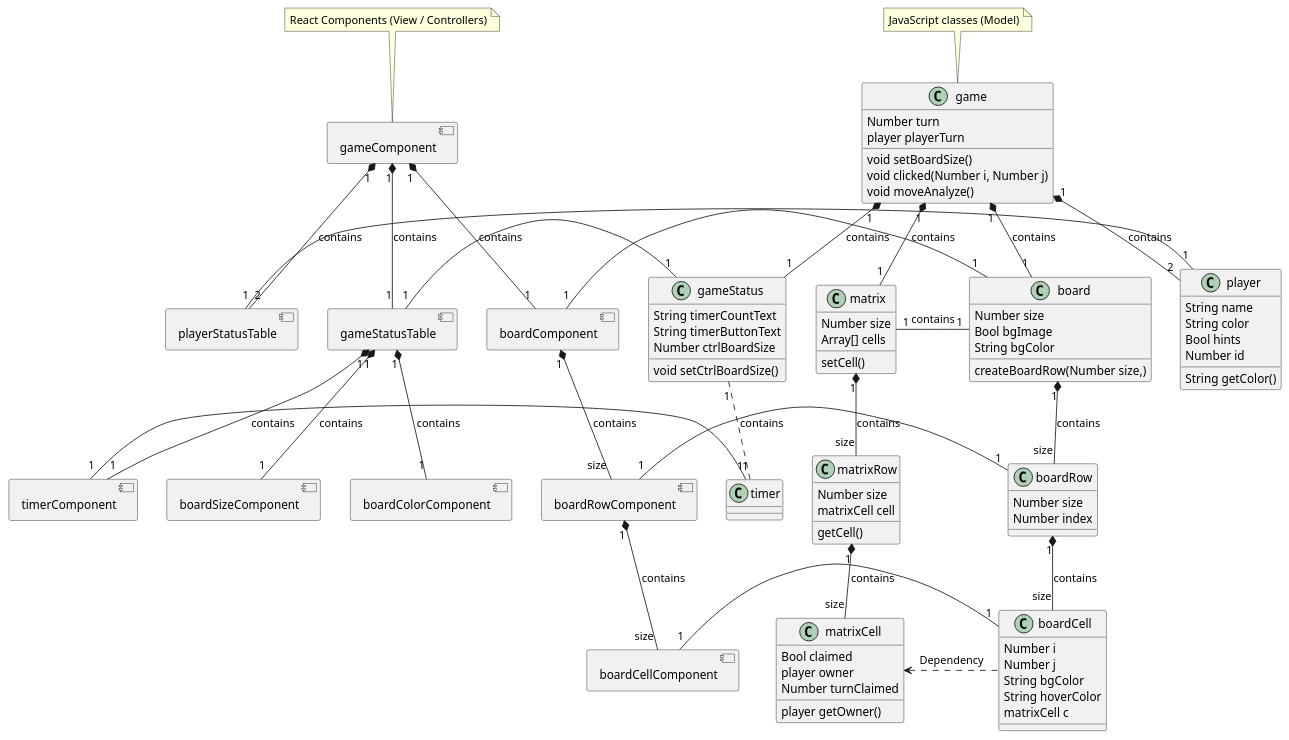
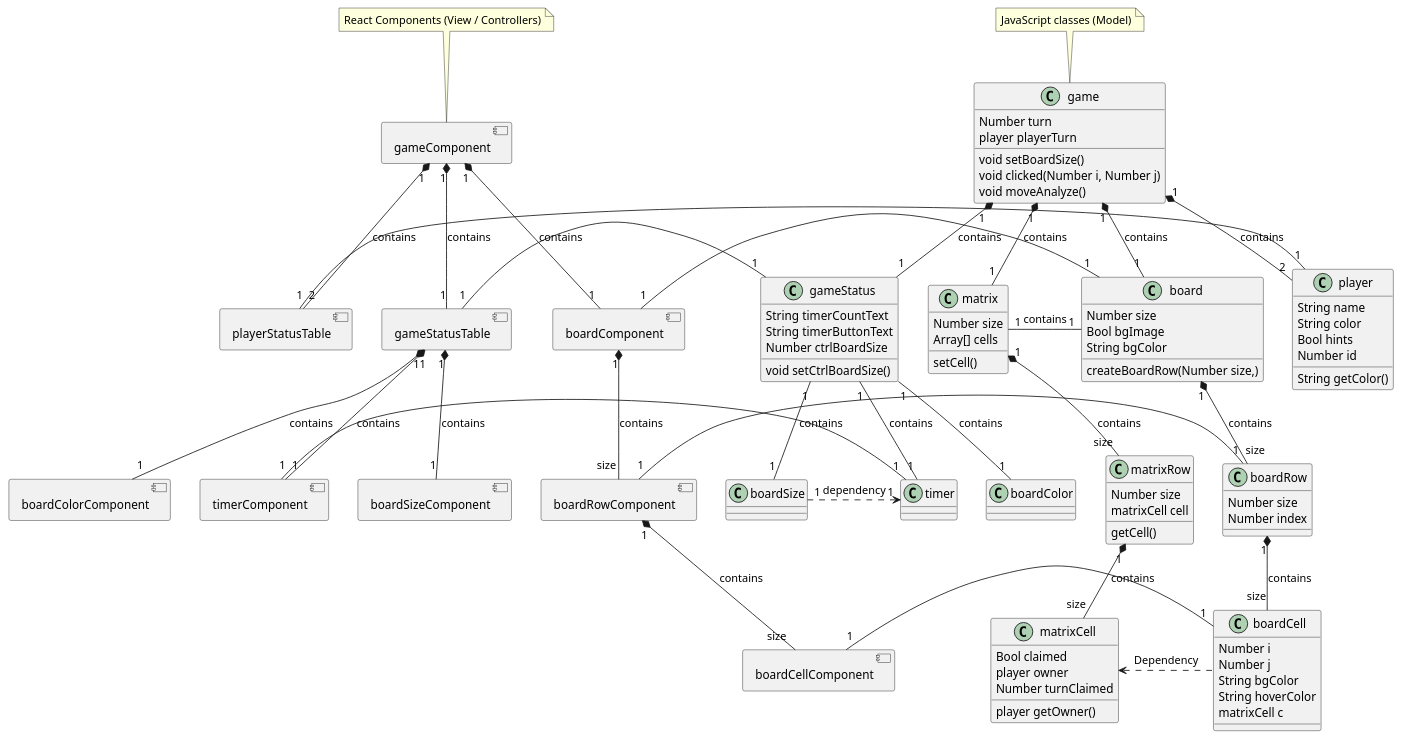
One commit to nugentmichael1/gomoku changed the diagram in UMLDiagrams/GameClassDiagram.plantuml. Above: the diagram before and after it, drawn with PlantUML. The commit also changed 8 other files, not shown here.

Commit message:
GameStatus model->view/ctrl connection

```diff
--- a/UMLDiagrams/GameClassDiagram.plantuml
+++ b/UMLDiagrams/GameClassDiagram.plantuml
@@ -1,153 +1,164 @@
 @startuml Game Class Diagram
 
 
 game "1" *-- "1" board : contains
 game "1" *-- "2" player: contains
 game "1" *-- "1" gameStatus: contains
 game "1" *-- "1" matrix: contains
 matrix "1" *-- "size" matrixRow: contains
 matrixRow "1" *-- "size" matrixCell: contains
 matrix "1" - "1" board:contains
 board "1" *-- "size" boardRow: contains
 boardRow "1" *-- "size" boardCell: contains
 matrixCell <. boardCell: Dependency
 
 'note "'cells' is a size x size array of arrays" as n1'
 'note "'setBoardSize()' needs a warning prompt in case of game in progress" as n2'
 note "JavaScript classes (Model)" as n3
 note "React Components (View / Controllers)" as n4
 
 'n1 .. matrix'
 'n2 .. game'
 n3 -- game
 n4 -- gameComponent
 
 'JavaScript Classes (Model)'
 
 class game {
     Number turn
     player playerTurn
     void setBoardSize()
     void clicked(Number i, Number j)
     void moveAnalyze()
 }
 
 
 class board{
     Number size
     Bool bgImage
     String bgColor
     createBoardRow(Number size,)
 }
 
 class boardRow{
     Number size
     Number index
 }
 
 class boardCell{
     Number i
     Number j
     String bgColor
     String hoverColor
     matrixCell c
 }
 
 class player{
     String name
     String color
     Bool hints
     Number id
     String getColor()
 
 }
 
 class gameStatus{
     String timerCountText
     String timerButtonText
     Number ctrlBoardSize
     void setCtrlBoardSize()
 }
 
-gameStatus "1" .. "1" timer: contains
+gameStatus "1" -- "1" timer: contains
+gameStatus "1" -- "1" boardSize: contains
+gameStatus "1" -- "1" boardColor: contains
 
 class timer{
 
 }
 
+class boardSize{
+
+}
+
+boardSize "1" .> "1" timer: dependency
+
+class boardColor{
+
+}
 
 class matrix{
     Number size
     Array[] cells
     setCell()
 }
 
 class matrixRow{
     Number size
     matrixCell cell
     getCell()
 }
 
 class matrixCell{
     Bool claimed
     player owner
     Number turnClaimed
     player getOwner()
 }
 
 
 'React Components (View / Controller)'
 
 gameComponent "1" *-- "1" boardComponent: contains
 boardComponent "1" *-- "size" boardRowComponent: contains
 boardRowComponent "1" *-- "size" boardCellComponent: contains
 gameComponent "1" *-- "2" playerStatusTable: contains
 gameComponent "1" *-- "1" gameStatusTable: contains
 gameStatusTable "1" *-- "1" timerComponent: contains
 gameStatusTable "1" *-- "1" boardSizeComponent: contains
 gameStatusTable "1" *-- "1" boardColorComponent: contains
 
 component boardComponent{
 
 }
 
 component gameComponent{
 
 }
 
 component boardRowComponent{
 
 }
 
 component boardCellComponent{
 
 }
 
 component playerStatusTable{
 
 }
 
 component gameStatusTable{
 
 }
 
 component timerComponent{
 
 }
 
 component boardSizeComponent{
 
 }
 
 component boardColorComponent{
-    
+
 }
 
 boardComponent "1" - "1" board
 playerStatusTable "1" - "1" player
 boardRowComponent "1" - "1" boardRow
 boardCellComponent "1" - "1" boardCell
 gameStatusTable "1" - "1" gameStatus
 timerComponent "1" - "1" timer
 
 @enduml
```
